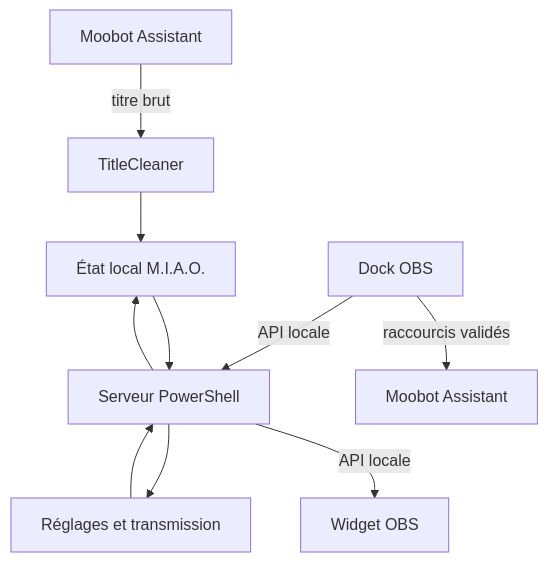
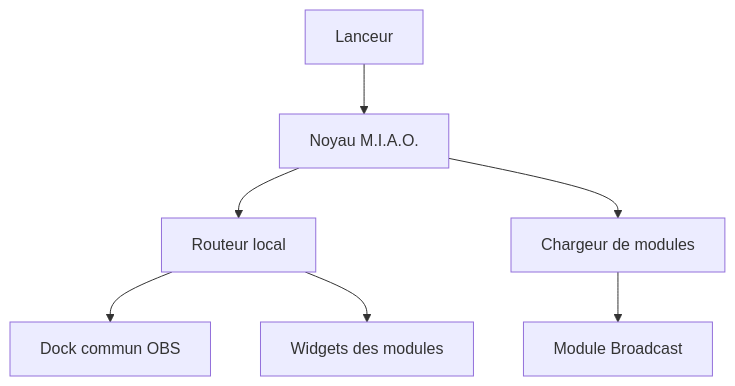
The diagram in docs/ARCHITECTURE.md (Nexplys/MIAO), drawn with Mermaid before and after one commit. The commit also changed other lines of this file and 43 other files, not shown here.

````diff
--- a/docs/ARCHITECTURE.md
+++ b/docs/ARCHITECTURE.md
@@ -15,12 +7,9 @@
 ```mermaid
 flowchart TD
-    A[Moobot Assistant] -->|titre brut| B[TitleCleaner]
-    B --> C[État local M.I.A.O.]
-    D[Dock OBS] -->|API locale| E[Serveur PowerShell]
-    E --> C
-    E --> F[Réglages et transmission]
-    C --> E
-    F --> E
-    E -->|API locale| G[Widget OBS]
-    D -->|raccourcis validés| H[Moobot Assistant]
+    L[Lanceur] --> C[Noyau M.I.A.O.]
+    C --> R[Routeur local]
+    C --> M[Chargeur de modules]
+    M --> B[Module Broadcast]
+    R --> D[Dock commun OBS]
+    R --> W[Widgets des modules]
 ```
````
